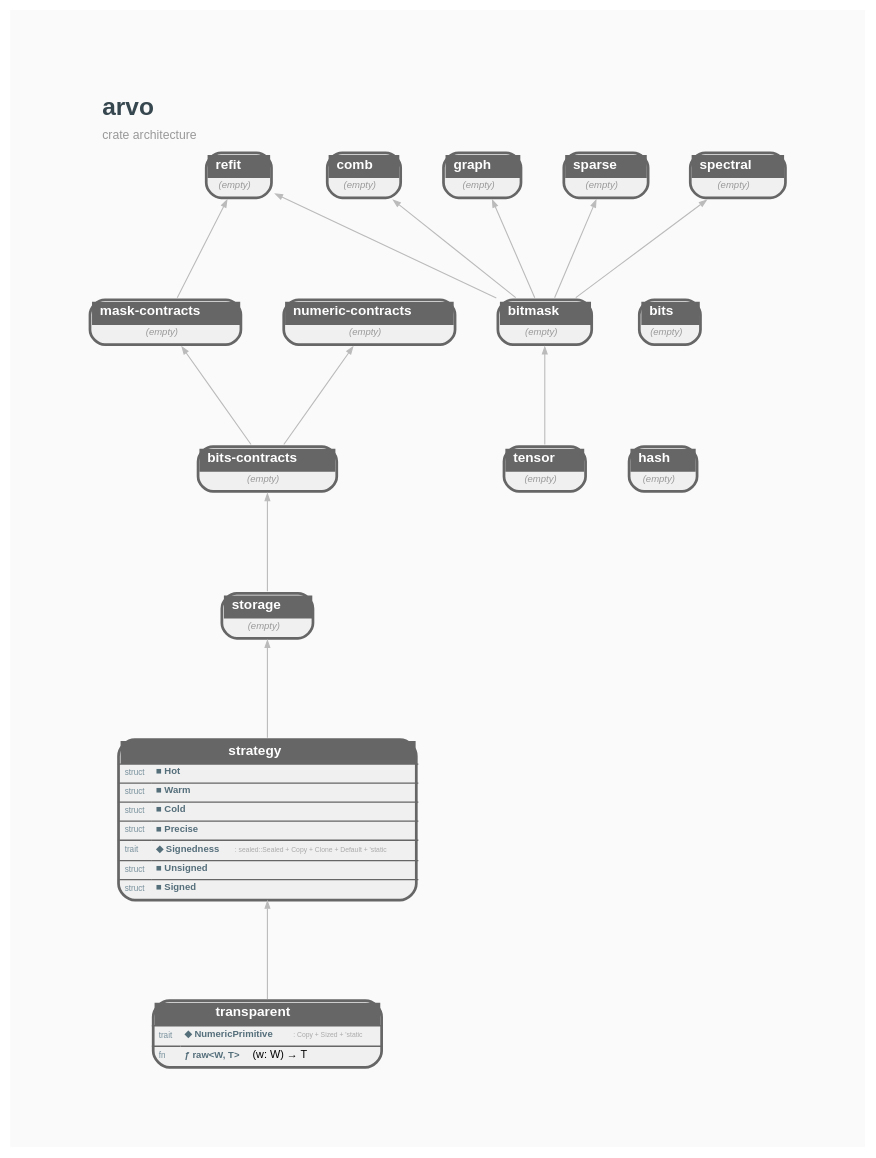
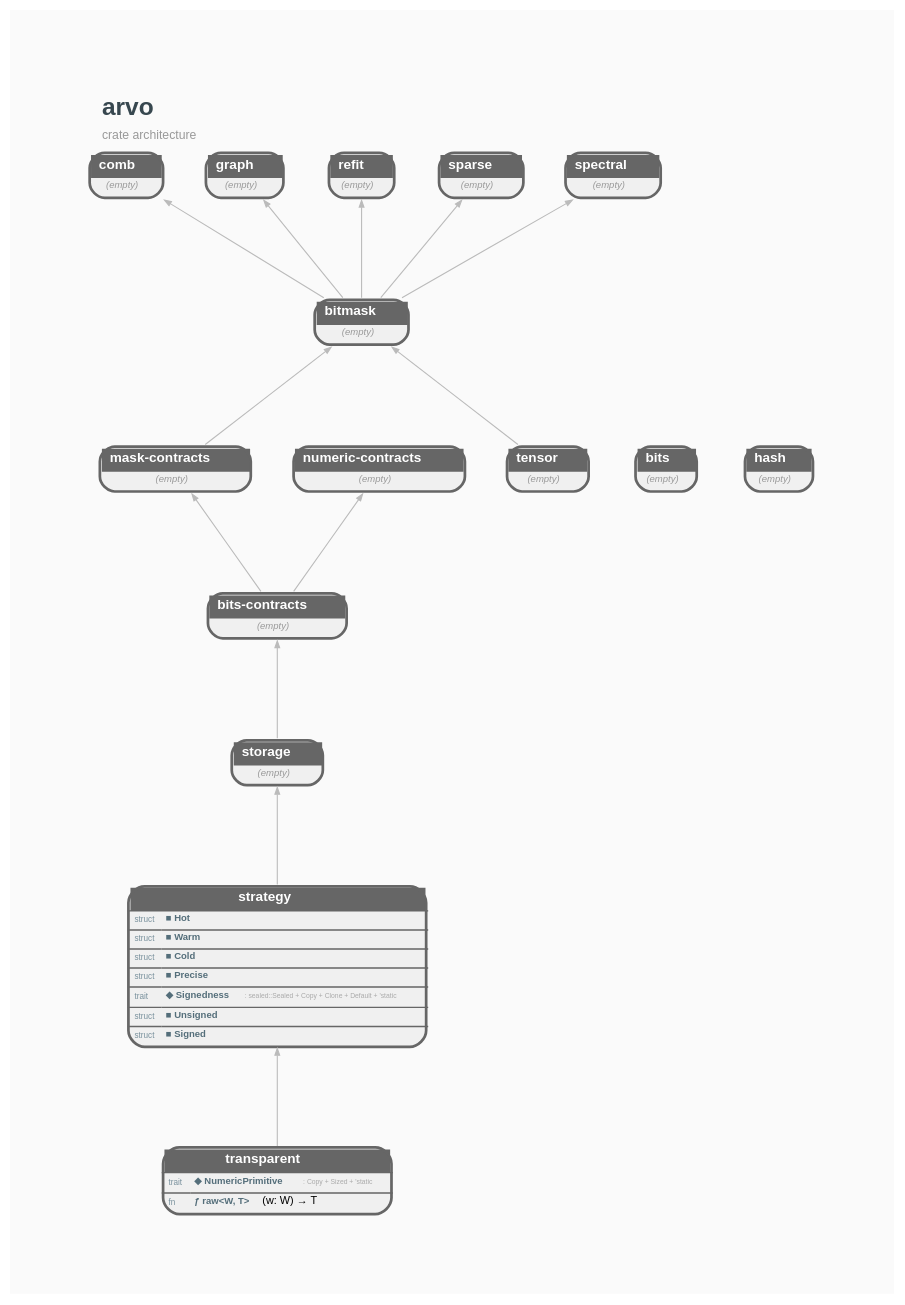
Before and after one commit to orgrinrt/arvo: the diagram in docs/mock_crate_deps.dot, drawn with Graphviz. The commit also changed 66 other files, not shown here.

```diff
--- a/docs/mock_crate_deps.dot
+++ b/docs/mock_crate_deps.dot
@@ -1,60 +1,60 @@
 // AUTO-GENERATED — DO NOT EDIT DIRECTLY
 //
 // Generated by: mockspace (mock)
-// Generated at: 2026-05-03T16:50:24Z
+// Generated at: 2026-05-04T10:42:16Z
 // Source: mock/
 // To regenerate: cargo mock
 
 digraph arvo {
     rankdir=BT;
     newrank=true;
     bgcolor="#FAFAFA";
     graph [fontname="Helvetica", fontsize=10, pad=0.8, nodesep=0.4, ranksep=1.0];
     node [fontname="Helvetica", fontsize=8];
     edge [fontname="Helvetica", fontsize=7, color="#BBBBBB", arrowsize=0.5, penwidth=0.8];
 
     labelloc=t;
     labeljust=l;
     label=<<TABLE BORDER="0" CELLBORDER="0" CELLSPACING="0"><TR><TD ALIGN="LEFT"><FONT POINT-SIZE="18" COLOR="#37474F"><B>arvo</B></FONT></TD></TR><TR><TD ALIGN="LEFT"><FONT POINT-SIZE="9" COLOR="#999999">crate architecture</FONT></TD></TR></TABLE>>;
 
     arvo_bitmask [shape=none, margin=0, label=<<TABLE BORDER="2" CELLBORDER="0" CELLSPACING="0" CELLPADDING="3" BGCOLOR="#F0F0F0" COLOR="#666666" STYLE="ROUNDED"><TR><TD COLSPAN="2" BGCOLOR="#666666" ALIGN="CENTER"><FONT COLOR="white" POINT-SIZE="10"><B>  bitmask  </B></FONT></TD></TR><TR><TD COLSPAN="2"><FONT COLOR="#999999" POINT-SIZE="7"><I>(empty)</I></FONT></TD></TR></TABLE>>];
     arvo_bits [shape=none, margin=0, label=<<TABLE BORDER="2" CELLBORDER="0" CELLSPACING="0" CELLPADDING="3" BGCOLOR="#F0F0F0" COLOR="#666666" STYLE="ROUNDED"><TR><TD COLSPAN="2" BGCOLOR="#666666" ALIGN="CENTER"><FONT COLOR="white" POINT-SIZE="10"><B>  bits  </B></FONT></TD></TR><TR><TD COLSPAN="2"><FONT COLOR="#999999" POINT-SIZE="7"><I>(empty)</I></FONT></TD></TR></TABLE>>];
     arvo_bits_contracts [shape=none, margin=0, label=<<TABLE BORDER="2" CELLBORDER="0" CELLSPACING="0" CELLPADDING="3" BGCOLOR="#F0F0F0" COLOR="#666666" STYLE="ROUNDED"><TR><TD COLSPAN="2" BGCOLOR="#666666" ALIGN="CENTER"><FONT COLOR="white" POINT-SIZE="10"><B>  bits-contracts  </B></FONT></TD></TR><TR><TD COLSPAN="2"><FONT COLOR="#999999" POINT-SIZE="7"><I>(empty)</I></FONT></TD></TR></TABLE>>];
     arvo_comb [shape=none, margin=0, label=<<TABLE BORDER="2" CELLBORDER="0" CELLSPACING="0" CELLPADDING="3" BGCOLOR="#F0F0F0" COLOR="#666666" STYLE="ROUNDED"><TR><TD COLSPAN="2" BGCOLOR="#666666" ALIGN="CENTER"><FONT COLOR="white" POINT-SIZE="10"><B>  comb  </B></FONT></TD></TR><TR><TD COLSPAN="2"><FONT COLOR="#999999" POINT-SIZE="7"><I>(empty)</I></FONT></TD></TR></TABLE>>];
     arvo_graph [shape=none, margin=0, label=<<TABLE BORDER="2" CELLBORDER="0" CELLSPACING="0" CELLPADDING="3" BGCOLOR="#F0F0F0" COLOR="#666666" STYLE="ROUNDED"><TR><TD COLSPAN="2" BGCOLOR="#666666" ALIGN="CENTER"><FONT COLOR="white" POINT-SIZE="10"><B>  graph  </B></FONT></TD></TR><TR><TD COLSPAN="2"><FONT COLOR="#999999" POINT-SIZE="7"><I>(empty)</I></FONT></TD></TR></TABLE>>];
     arvo_hash [shape=none, margin=0, label=<<TABLE BORDER="2" CELLBORDER="0" CELLSPACING="0" CELLPADDING="3" BGCOLOR="#F0F0F0" COLOR="#666666" STYLE="ROUNDED"><TR><TD COLSPAN="2" BGCOLOR="#666666" ALIGN="CENTER"><FONT COLOR="white" POINT-SIZE="10"><B>  hash  </B></FONT></TD></TR><TR><TD COLSPAN="2"><FONT COLOR="#999999" POINT-SIZE="7"><I>(empty)</I></FONT></TD></TR></TABLE>>];
     arvo_mask_contracts [shape=none, margin=0, label=<<TABLE BORDER="2" CELLBORDER="0" CELLSPACING="0" CELLPADDING="3" BGCOLOR="#F0F0F0" COLOR="#666666" STYLE="ROUNDED"><TR><TD COLSPAN="2" BGCOLOR="#666666" ALIGN="CENTER"><FONT COLOR="white" POINT-SIZE="10"><B>  mask-contracts  </B></FONT></TD></TR><TR><TD COLSPAN="2"><FONT COLOR="#999999" POINT-SIZE="7"><I>(empty)</I></FONT></TD></TR></TABLE>>];
     arvo_numeric_contracts [shape=none, margin=0, label=<<TABLE BORDER="2" CELLBORDER="0" CELLSPACING="0" CELLPADDING="3" BGCOLOR="#F0F0F0" COLOR="#666666" STYLE="ROUNDED"><TR><TD COLSPAN="2" BGCOLOR="#666666" ALIGN="CENTER"><FONT COLOR="white" POINT-SIZE="10"><B>  numeric-contracts  </B></FONT></TD></TR><TR><TD COLSPAN="2"><FONT COLOR="#999999" POINT-SIZE="7"><I>(empty)</I></FONT></TD></TR></TABLE>>];
     arvo_refit [shape=none, margin=0, label=<<TABLE BORDER="2" CELLBORDER="0" CELLSPACING="0" CELLPADDING="3" BGCOLOR="#F0F0F0" COLOR="#666666" STYLE="ROUNDED"><TR><TD COLSPAN="2" BGCOLOR="#666666" ALIGN="CENTER"><FONT COLOR="white" POINT-SIZE="10"><B>  refit  </B></FONT></TD></TR><TR><TD COLSPAN="2"><FONT COLOR="#999999" POINT-SIZE="7"><I>(empty)</I></FONT></TD></TR></TABLE>>];
     arvo_sparse [shape=none, margin=0, label=<<TABLE BORDER="2" CELLBORDER="0" CELLSPACING="0" CELLPADDING="3" BGCOLOR="#F0F0F0" COLOR="#666666" STYLE="ROUNDED"><TR><TD COLSPAN="2" BGCOLOR="#666666" ALIGN="CENTER"><FONT COLOR="white" POINT-SIZE="10"><B>  sparse  </B></FONT></TD></TR><TR><TD COLSPAN="2"><FONT COLOR="#999999" POINT-SIZE="7"><I>(empty)</I></FONT></TD></TR></TABLE>>];
     arvo_spectral [shape=none, margin=0, label=<<TABLE BORDER="2" CELLBORDER="0" CELLSPACING="0" CELLPADDING="3" BGCOLOR="#F0F0F0" COLOR="#666666" STYLE="ROUNDED"><TR><TD COLSPAN="2" BGCOLOR="#666666" ALIGN="CENTER"><FONT COLOR="white" POINT-SIZE="10"><B>  spectral  </B></FONT></TD></TR><TR><TD COLSPAN="2"><FONT COLOR="#999999" POINT-SIZE="7"><I>(empty)</I></FONT></TD></TR></TABLE>>];
     arvo_storage [shape=none, margin=0, label=<<TABLE BORDER="2" CELLBORDER="0" CELLSPACING="0" CELLPADDING="3" BGCOLOR="#F0F0F0" COLOR="#666666" STYLE="ROUNDED"><TR><TD COLSPAN="2" BGCOLOR="#666666" ALIGN="CENTER"><FONT COLOR="white" POINT-SIZE="10"><B>  storage  </B></FONT></TD></TR><TR><TD COLSPAN="2"><FONT COLOR="#999999" POINT-SIZE="7"><I>(empty)</I></FONT></TD></TR></TABLE>>];
     arvo_strategy [shape=none, margin=0, label=<<TABLE BORDER="2" CELLBORDER="0" CELLSPACING="0" CELLPADDING="3" BGCOLOR="#F0F0F0" COLOR="#666666" STYLE="ROUNDED"><TR><TD COLSPAN="2" BGCOLOR="#666666" ALIGN="CENTER"><FONT COLOR="white" POINT-SIZE="10"><B>  strategy  </B></FONT></TD></TR><HR/><TR><TD ALIGN="LEFT"><FONT COLOR="#78909C" POINT-SIZE="6">struct</FONT></TD><TD ALIGN="LEFT" PORT="p_Hot"><FONT COLOR="#546E7A" POINT-SIZE="7"><B>■ Hot</B></FONT></TD></TR><HR/><TR><TD ALIGN="LEFT"><FONT COLOR="#78909C" POINT-SIZE="6">struct</FONT></TD><TD ALIGN="LEFT" PORT="p_Warm"><FONT COLOR="#546E7A" POINT-SIZE="7"><B>■ Warm</B></FONT></TD></TR><HR/><TR><TD ALIGN="LEFT"><FONT COLOR="#78909C" POINT-SIZE="6">struct</FONT></TD><TD ALIGN="LEFT" PORT="p_Cold"><FONT COLOR="#546E7A" POINT-SIZE="7"><B>■ Cold</B></FONT></TD></TR><HR/><TR><TD ALIGN="LEFT"><FONT COLOR="#78909C" POINT-SIZE="6">struct</FONT></TD><TD ALIGN="LEFT" PORT="p_Precise"><FONT COLOR="#546E7A" POINT-SIZE="7"><B>■ Precise</B></FONT></TD></TR><HR/><TR><TD ALIGN="LEFT"><FONT COLOR="#78909C" POINT-SIZE="6">trait</FONT></TD><TD ALIGN="LEFT" PORT="p_Signedness"><FONT COLOR="#546E7A" POINT-SIZE="7"><B>◆ Signedness</B></FONT> <FONT COLOR="#AAAAAA" POINT-SIZE="5">: sealed::Sealed + Copy + Clone + Default + 'static</FONT></TD></TR><HR/><TR><TD ALIGN="LEFT"><FONT COLOR="#78909C" POINT-SIZE="6">struct</FONT></TD><TD ALIGN="LEFT" PORT="p_Unsigned"><FONT COLOR="#546E7A" POINT-SIZE="7"><B>■ Unsigned</B></FONT></TD></TR><HR/><TR><TD ALIGN="LEFT"><FONT COLOR="#78909C" POINT-SIZE="6">struct</FONT></TD><TD ALIGN="LEFT" PORT="p_Signed"><FONT COLOR="#546E7A" POINT-SIZE="7"><B>■ Signed</B></FONT></TD></TR></TABLE>>];
     arvo_tensor [shape=none, margin=0, label=<<TABLE BORDER="2" CELLBORDER="0" CELLSPACING="0" CELLPADDING="3" BGCOLOR="#F0F0F0" COLOR="#666666" STYLE="ROUNDED"><TR><TD COLSPAN="2" BGCOLOR="#666666" ALIGN="CENTER"><FONT COLOR="white" POINT-SIZE="10"><B>  tensor  </B></FONT></TD></TR><TR><TD COLSPAN="2"><FONT COLOR="#999999" POINT-SIZE="7"><I>(empty)</I></FONT></TD></TR></TABLE>>];
     arvo_transparent [shape=none, margin=0, label=<<TABLE BORDER="2" CELLBORDER="0" CELLSPACING="0" CELLPADDING="3" BGCOLOR="#F0F0F0" COLOR="#666666" STYLE="ROUNDED"><TR><TD COLSPAN="2" BGCOLOR="#666666" ALIGN="CENTER"><FONT COLOR="white" POINT-SIZE="10"><B>  transparent  </B></FONT></TD></TR><HR/><TR><TD ALIGN="LEFT"><FONT COLOR="#78909C" POINT-SIZE="6">trait</FONT></TD><TD ALIGN="LEFT" PORT="p_NumericPrimitive"><FONT COLOR="#546E7A" POINT-SIZE="7"><B>◆ NumericPrimitive</B></FONT> <FONT COLOR="#AAAAAA" POINT-SIZE="5">: Copy + Sized + 'static</FONT></TD></TR><HR/><TR><TD ALIGN="LEFT"><FONT COLOR="#78909C" POINT-SIZE="6">fn</FONT></TD><TD ALIGN="LEFT" PORT="p_raw"><FONT COLOR="#546E7A" POINT-SIZE="7"><B>ƒ raw&lt;W, T&gt;</B></FONT>(w: W) → T</TD></TR></TABLE>>];
 
     { rank=same; arvo_transparent; } // depth 0
     { rank=same; arvo_strategy; } // depth 1
     { rank=same; arvo_storage; } // depth 2
     { rank=same; arvo_bits_contracts; } // depth 3
     { rank=same; arvo_bits; arvo_mask_contracts; arvo_numeric_contracts; } // depth 4
     { rank=same; arvo_hash; arvo_tensor; } // depth 6
     { rank=same; arvo_bitmask; } // depth 7
     { rank=same; arvo_comb; arvo_graph; arvo_refit; arvo_sparse; arvo_spectral; } // depth 8
 
 
     // Dependency edges (transitively reduced)
+    arvo_mask_contracts -> arvo_bitmask;
     arvo_tensor -> arvo_bitmask;
     arvo_storage -> arvo_bits_contracts;
     arvo_bitmask -> arvo_comb;
     arvo_bitmask -> arvo_graph;
     arvo_bits_contracts -> arvo_mask_contracts;
     arvo_bits_contracts -> arvo_numeric_contracts;
-    arvo_mask_contracts -> arvo_refit;
     arvo_bitmask -> arvo_refit;
     arvo_bitmask -> arvo_sparse;
     arvo_bitmask -> arvo_spectral;
     arvo_strategy -> arvo_storage;
     arvo_transparent -> arvo_strategy;
 
 }
```
